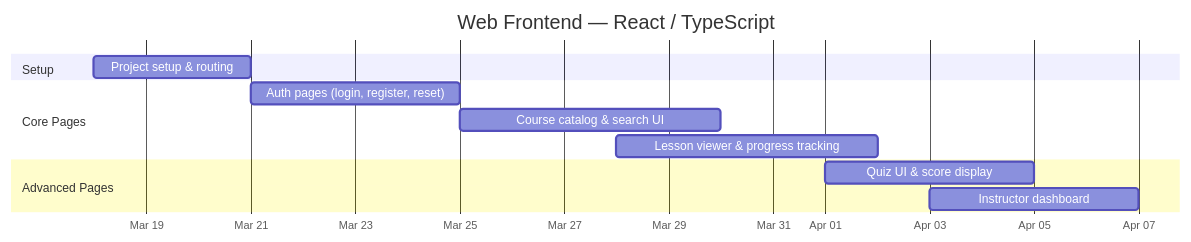
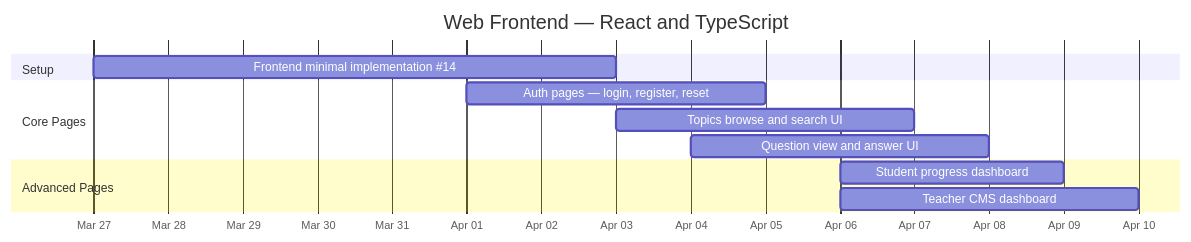
Before and after one commit to LuizGomes56/poosd_final_project: the third of 7 diagrams in GANTT.md, drawn with Mermaid. The commit also changed other lines of this file, not shown here.

Commit message:
updated gantt chart

````diff
--- a/GANTT.md
+++ b/GANTT.md
@@ -56,18 +80,18 @@
 ```mermaid
 gantt
-    title Web Frontend — React / TypeScript
+    title Web Frontend — React and TypeScript
     dateFormat  YYYY-MM-DD
     axisFormat  %b %d
 
     section Setup
-    Project setup & routing          : fe1, 2026-03-18, 2026-03-21
+    Frontend minimal implementation #14    : fe1, 2026-03-27, 2026-04-03
 
     section Core Pages
-    Auth pages (login, register, reset)  : fe2, 2026-03-21, 2026-03-25
-    Course catalog & search UI           : fe3, 2026-03-25, 2026-03-30
-    Lesson viewer & progress tracking    : fe4, 2026-03-28, 2026-04-02
+    Auth pages — login, register, reset    : fe2, 2026-04-01, 2026-04-05
+    Topics browse and search UI            : fe3, 2026-04-03, 2026-04-07
+    Question view and answer UI            : fe4, 2026-04-04, 2026-04-08
 
     section Advanced Pages
-    Quiz UI & score display              : fe5, 2026-04-01, 2026-04-05
-    Instructor dashboard                 : fe6, 2026-04-03, 2026-04-07
+    Student progress dashboard             : fe5, 2026-04-06, 2026-04-09
+    Teacher CMS dashboard                  : fe6, 2026-04-06, 2026-04-10
 ```
````
